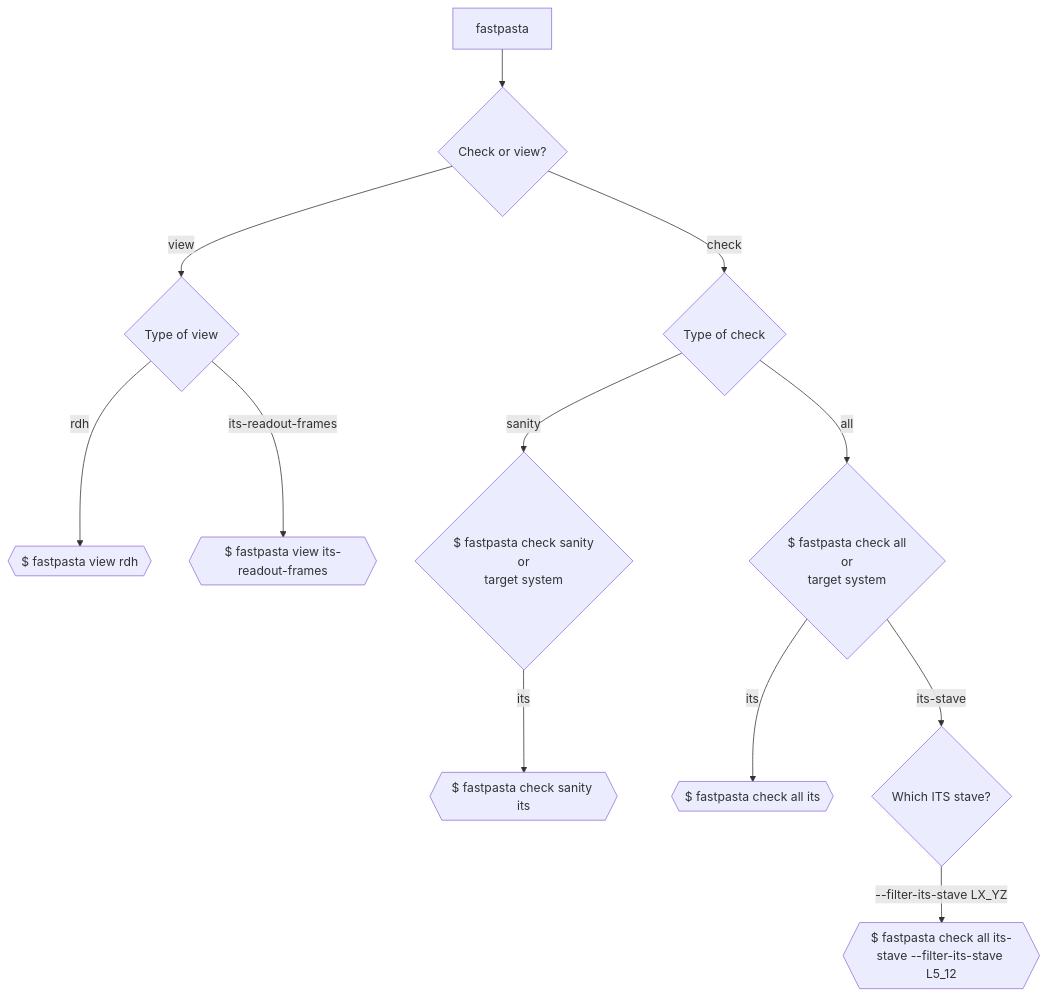
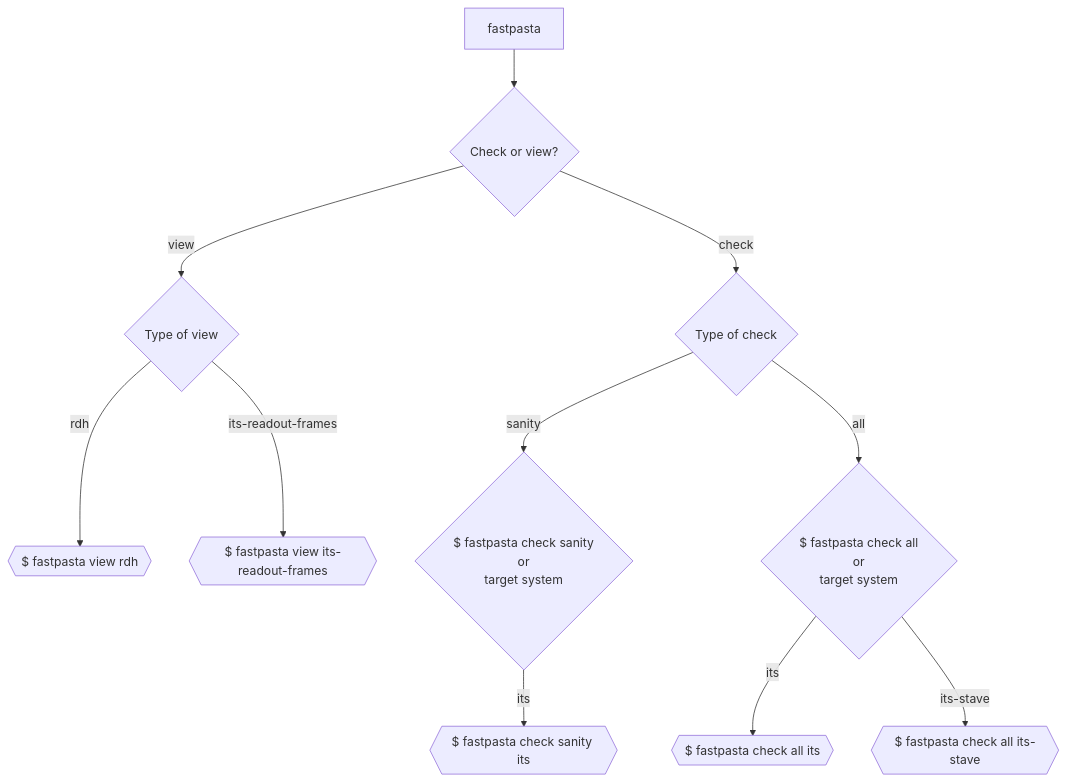
One commit to CramBL/fastPASTA changed the diagram in README.md. Above: the diagram before and after it, drawn with Mermaid. The commit also changed other lines of this file, not shown here.

````diff
--- a/README.md
+++ b/README.md
@@ -115,22 +116,21 @@
 ```mermaid
 flowchart TD;
   start["fastpasta"] --> top_sub_cmd{"Check or view?"};
 
   top_sub_cmd -- "view" --> view_type{"Type of view"};
   view_type -- "rdh" --> view_rdh{{$ fastpasta view rdh}};
   view_type -- "its-readout-frames" --> view_ro_frames{{$ fastpasta view its-readout-frames}};
 
   top_sub_cmd -- "check" --> check_type{"Type of check"};
 
   check_type -- "sanity" --> check_sanity{"$ fastpasta check sanity
   or
   target system"};
   check_sanity -- "its" --> check_sanity_its{{$ fastpasta check sanity its}};
 
   check_type -- "all" --> check_all{"$ fastpasta check all
   or
   target system"};
   check_all -- "its" --> check_all_its{{$ fastpasta check all its}};
-  check_all -- "its-stave" --> check_all_its_stave{Which ITS stave?};
-  check_all_its_stave -- "--filter-its-stave LX_YZ" --> check_all_its_stave_filter{{$ fastpasta check all its-stave --filter-its-stave L5_12}};
+  check_all -- "its-stave" --> check_all_its_stave{{$ fastpasta check all its-stave}};
 ```
````
